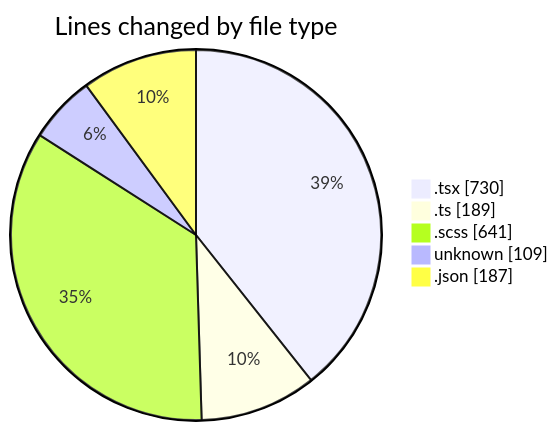
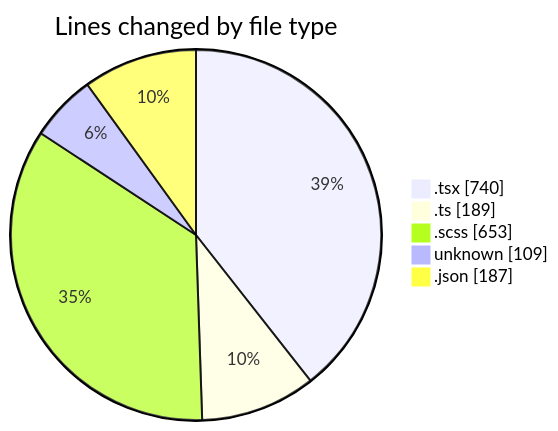
The first of 2 diagrams in 2026-04-15/cda/README.md (momahboobian/code-tracking), drawn with Mermaid before and after one commit. The commit also changed other lines of this file and 1 other file, not shown here.

````diff
--- a/2026-04-15/cda/README.md
+++ b/2026-04-15/cda/README.md
@@ -34,9 +34,9 @@
 ```mermaid
 pie showData
 title Lines changed by file type
-".tsx" : 730
+".tsx" : 740
 ".ts" : 189
-".scss" : 641
+".scss" : 653
 "unknown" : 109
 ".json" : 187
 ```
````
